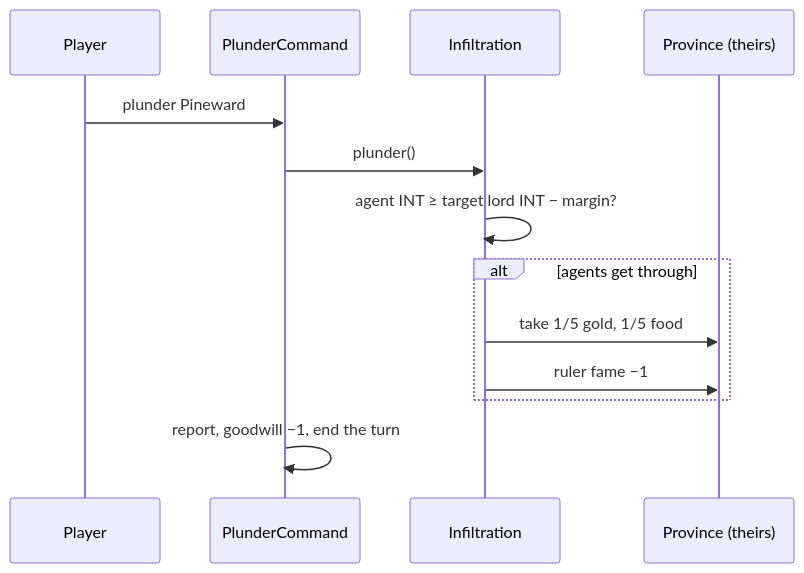
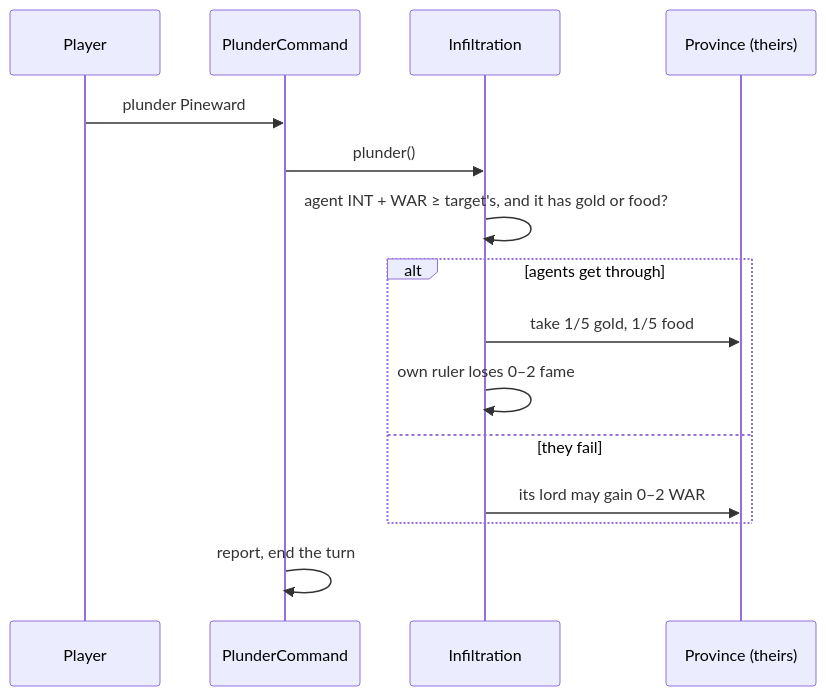
One commit to pslotinsky/kunstkamera changed the fourth of 4 diagrams in gemstorm/docs/design/10-diplomacy.md. Above: the diagram before and after it, drawn with Mermaid. The commit also changed other lines of this file and 19 other files, not shown here.

````diff
--- a/gemstorm/docs/design/10-diplomacy.md
+++ b/gemstorm/docs/design/10-diplomacy.md
@@ -206,16 +205,18 @@
 ```mermaid
 sequenceDiagram
   participant Player
   participant Plunder as PlunderCommand
   participant Infiltration
   participant Target as Province (theirs)
 
   Player->>Plunder: plunder Pineward
   Plunder->>Infiltration: plunder()
-  Infiltration->>Infiltration: agent INT ≥ target lord INT − margin?
+  Infiltration->>Infiltration: agent INT + WAR ≥ target's, and it has gold or food?
   alt agents get through
     Infiltration->>Target: take 1/5 gold, 1/5 food
-    Infiltration->>Target: ruler fame −1
+    Infiltration->>Infiltration: own ruler loses 0–2 fame
+  else they fail
+    Infiltration->>Target: its lord may gain 0–2 WAR
   end
-  Plunder->>Plunder: report, goodwill −1, end the turn
+  Plunder->>Plunder: report, end the turn
 ```
````
